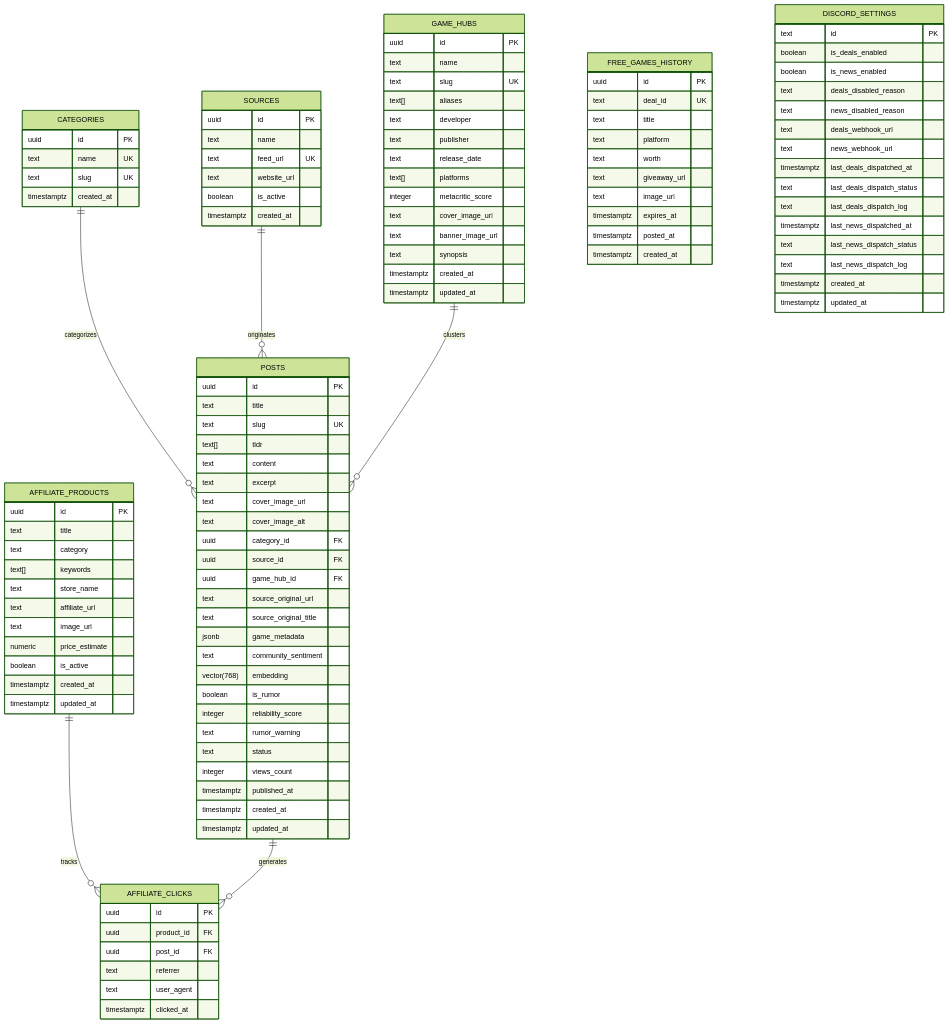
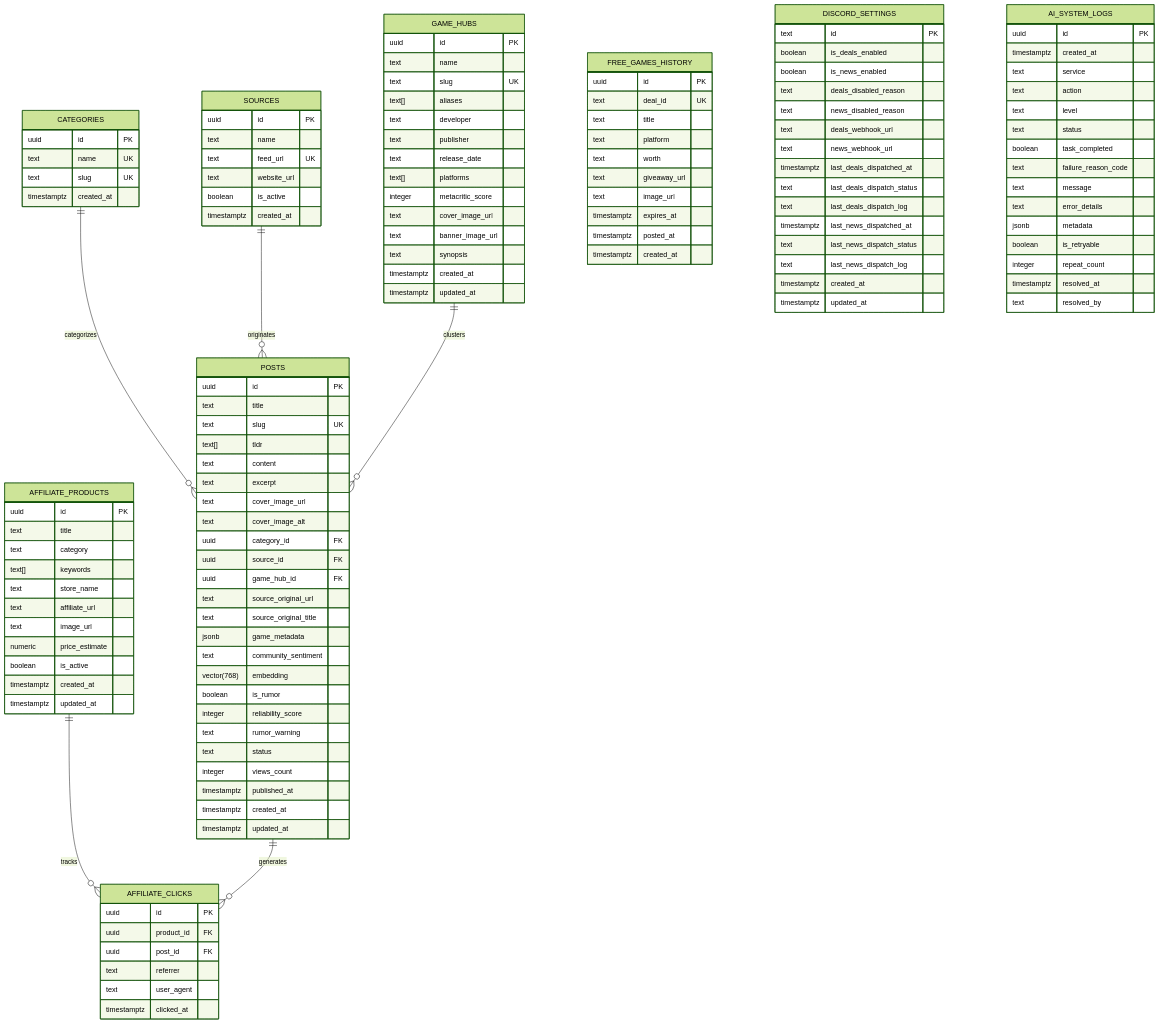
One commit to JuanBMMontesinos/AIGamePortal changed the diagram in docs/database.md. Above: the diagram before and after it, drawn with Mermaid (forest theme). The commit also changed other lines of this file and 5 other files, not shown here.

````diff
--- a/docs/database.md
+++ b/docs/database.md
@@ -127,4 +127,22 @@
         timestamptz created_at
         timestamptz updated_at
     }
+
+    AI_SYSTEM_LOGS {
+        uuid id PK
+        timestamptz created_at
+        text service
+        text action
+        text level
+        text status
+        boolean task_completed
+        text failure_reason_code
+        text message
+        text error_details
+        jsonb metadata
+        boolean is_retryable
+        integer repeat_count
+        timestamptz resolved_at
+        text resolved_by
+    }
 ```
````
